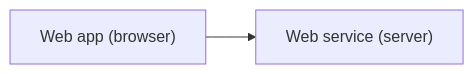
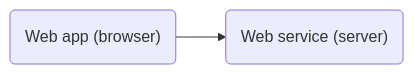
One commit to FusionAuth/fusionauth-site changed the first of 3 diagrams in astro/src/content/articles/authentication/bff.mdx. Above: the diagram before and after it, drawn with Mermaid. The commit also changed other lines of this file, not shown here.

Commit message:
add resource server expla

````diff
--- a/astro/src/content/articles/authentication/bff.mdx
+++ b/astro/src/content/articles/authentication/bff.mdx
@@ -62,4 +62,4 @@
 ```mermaid
 graph LR
-	wa["Web app (browser)"] --> ws["Web service (server)"]
+	wa("Web app (browser)") --> ws("Web service (server)")
 ```
````
